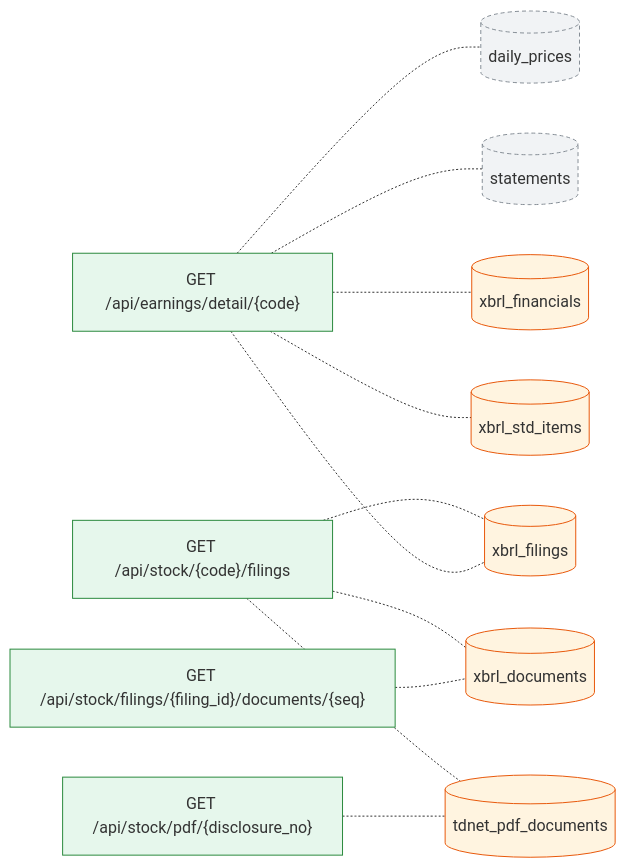
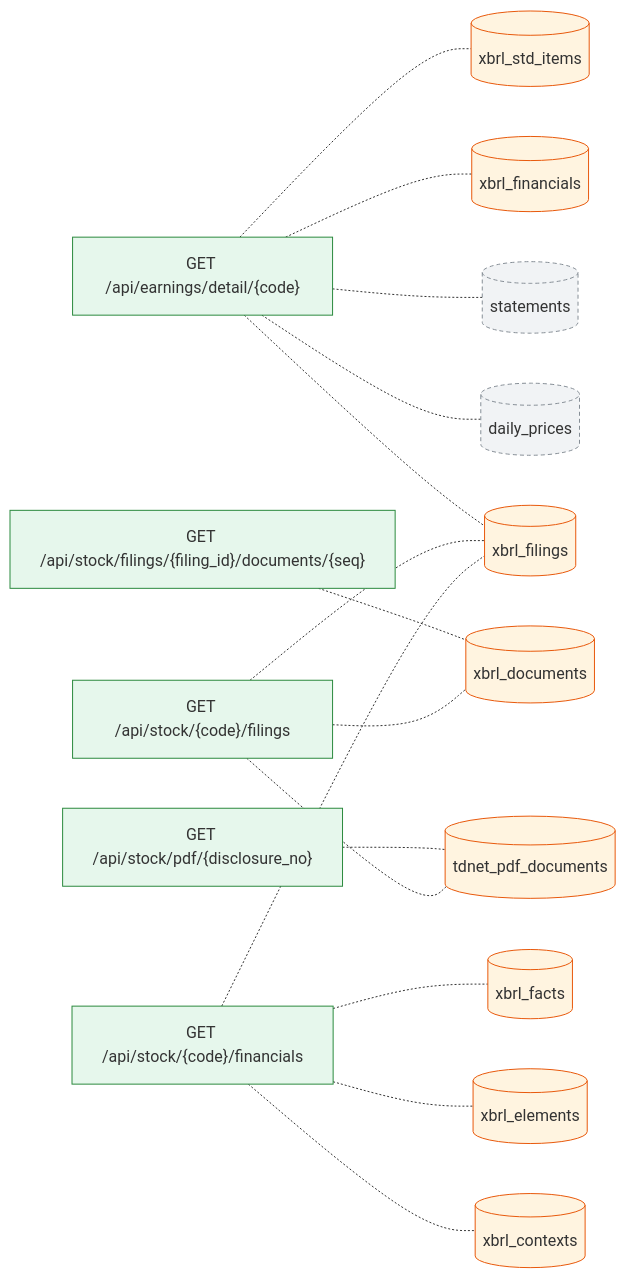
Before and after one commit to pekumirui/stock-analyzer: the second of 2 diagrams in docs/dataflow/xbrl.md, drawn with Mermaid. The commit also changed other lines of this file and 15 other files, not shown here.

````diff
--- a/docs/dataflow/xbrl.md
+++ b/docs/dataflow/xbrl.md
@@ -77,28 +77,36 @@
 ```mermaid
 flowchart LR
   n0["GET /api/earnings/detail/{code}"]:::api
   n1["GET /api/stock/filings/{filing_id}/documents/{seq}"]:::api
   n2["GET /api/stock/pdf/{disclosure_no}"]:::api
   n3["GET /api/stock/{code}/filings"]:::api
-  n4[("daily_prices")]:::ext
-  n5[("statements")]:::ext
-  n6[("tdnet_pdf_documents")]:::tbl
-  n7[("xbrl_documents")]:::tbl
-  n8[("xbrl_filings")]:::tbl
-  n9[("xbrl_financials")]:::tbl
-  n10[("xbrl_std_items")]:::tbl
-  n0 -.- n4
+  n4["GET /api/stock/{code}/financials"]:::api
+  n5[("daily_prices")]:::ext
+  n6[("statements")]:::ext
+  n7[("tdnet_pdf_documents")]:::tbl
+  n8[("xbrl_contexts")]:::tbl
+  n9[("xbrl_documents")]:::tbl
+  n10[("xbrl_elements")]:::tbl
+  n11[("xbrl_facts")]:::tbl
+  n12[("xbrl_filings")]:::tbl
+  n13[("xbrl_financials")]:::tbl
+  n14[("xbrl_std_items")]:::tbl
   n0 -.- n5
-  n0 -.- n8
-  n0 -.- n9
-  n0 -.- n10
-  n1 -.- n7
-  n2 -.- n6
-  n3 -.- n6
+  n0 -.- n6
+  n0 -.- n12
+  n0 -.- n13
+  n0 -.- n14
+  n1 -.- n9
+  n2 -.- n7
   n3 -.- n7
-  n3 -.- n8
+  n3 -.- n9
+  n3 -.- n12
+  n4 -.- n8
+  n4 -.- n10
+  n4 -.- n11
+  n4 -.- n12
   classDef job fill:#e3ecff,stroke:#3b5bdb
   classDef api fill:#e6f7ec,stroke:#2b8a3e
   classDef tbl fill:#fff4e0,stroke:#e8590c
   classDef ext fill:#f1f3f5,stroke:#868e96,stroke-dasharray:4 3
 ```
````
